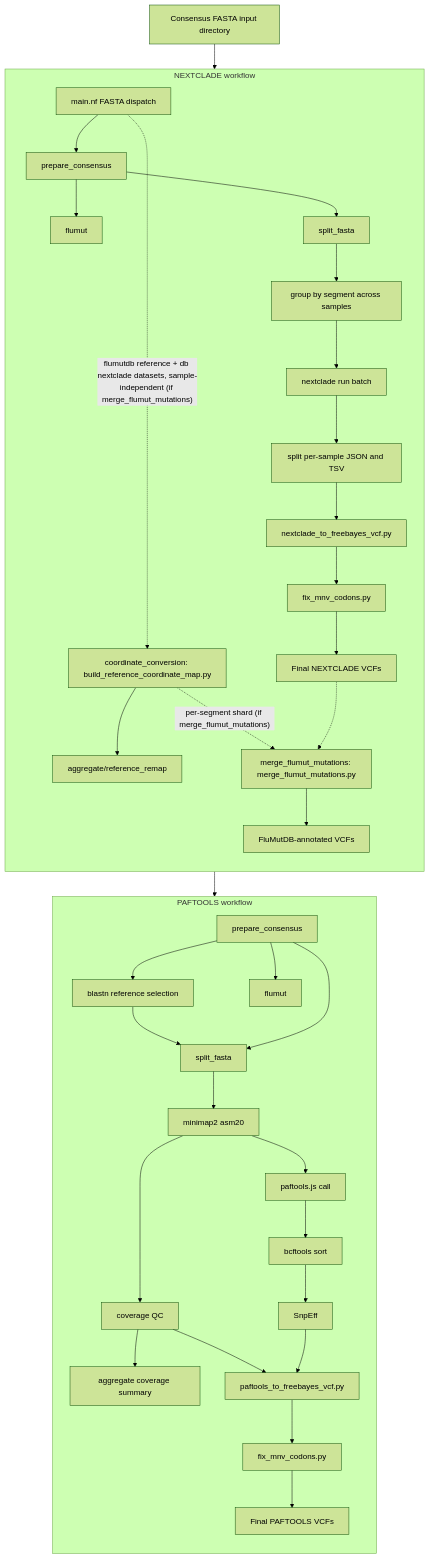
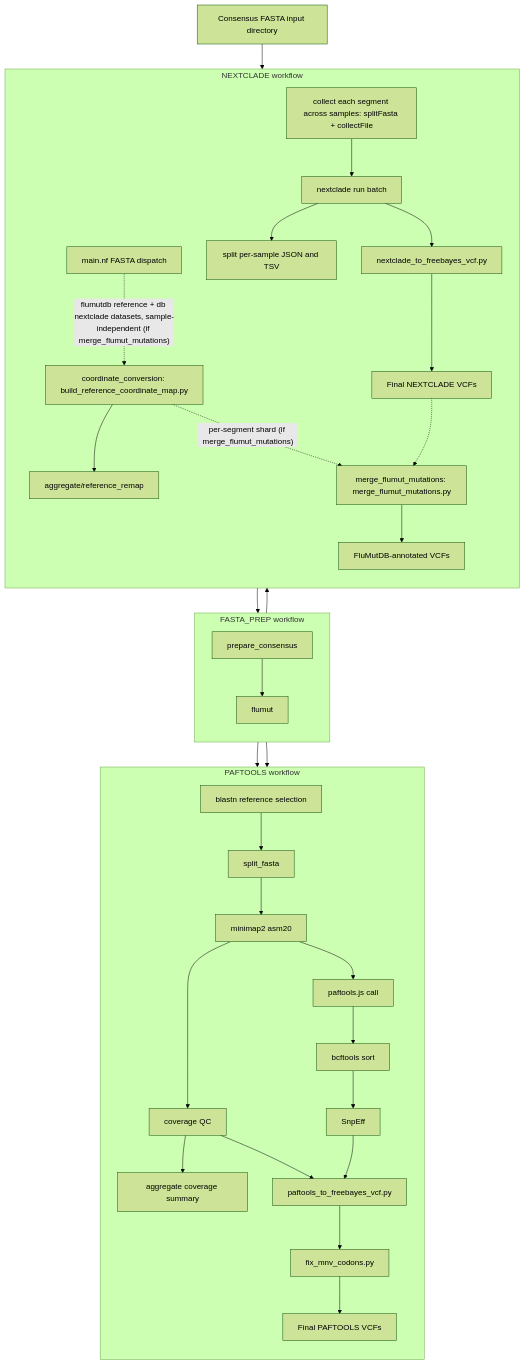
Before and after one commit to BCCDC-PHL/fluscan-nf: the diagram in README.md, drawn with Mermaid (forest theme). The commit also changed other lines of this file and 24 other files, not shown here.

Commit message:
Optimize the Nextclade workflow (#25)

````diff
--- a/README.md
+++ b/README.md
@@ -44,72 +44,69 @@
 ```mermaid
 flowchart TD
     input[Consensus FASTA input directory]
     dispatch[main.nf FASTA dispatch]
 
     input --> dispatch
-    dispatch --> paftools_prepare
-    dispatch --> nextclade_prepare
+    dispatch --> prepare
+
+    subgraph FASTA_PREP[FASTA_PREP workflow]
+        direction TB
+        prepare[prepare_consensus]
+        prep_flumut[flumut]
+
+        prepare --> prep_flumut
+    end
 
     subgraph PAFTOOLS[PAFTOOLS workflow]
         direction TB
-        paftools_prepare[prepare_consensus]
-        paftools_flumut[flumut]
         blastn[blastn reference selection]
         split_ref[split_fasta]
         minimap[minimap2 asm20]
         covqc[coverage QC]
         covagg[aggregate coverage summary]
         paftools_call[paftools.js call]
         sortvcf[bcftools sort]
         snpeff[SnpEff]
         paf2fb[paftools_to_freebayes_vcf.py]
         fixmnv_paf[fix_mnv_codons.py]
         paf_final[Final PAFTOOLS VCFs]
 
-        paftools_prepare --> blastn
-        paftools_prepare --> paftools_flumut
-        paftools_prepare --> split_ref
+        prepare --> blastn
+        prepare --> split_ref
         blastn --> split_ref
         split_ref --> minimap
         minimap --> covqc
         covqc --> covagg
         minimap --> paftools_call
         paftools_call --> sortvcf
         sortvcf --> snpeff
         snpeff --> paf2fb
         covqc --> paf2fb
         paf2fb --> fixmnv_paf
         fixmnv_paf --> paf_final
     end
 
     subgraph NEXTCLADE[NEXTCLADE workflow]
         direction TB
-        nextclade_prepare[prepare_consensus]
-        nextclade_flumut[flumut]
-        split_consensus[split_fasta]
-        groupseg[group by segment across samples]
+        groupseg[collect each segment across samples: splitFasta + collectFile]
         nc_run[nextclade run batch]
         split_results[split per-sample JSON and TSV]
         nc2vcf[nextclade_to_freebayes_vcf.py]
-        fixmnv_nc[fix_mnv_codons.py]
         nc_final[Final NEXTCLADE VCFs]
         coord_map[coordinate_conversion: build_reference_coordinate_map.py]
         coord_final[aggregate/reference_remap]
         flumut_merge[merge_flumut_mutations: merge_flumut_mutations.py]
         flumut_annotated[FluMutDB-annotated VCFs]
 
-        nextclade_prepare --> nextclade_flumut
-        nextclade_prepare --> split_consensus
-        split_consensus --> groupseg
+        prepare --> groupseg
         groupseg --> nc_run
         nc_run --> split_results
-        split_results --> nc2vcf
-        nc2vcf --> fixmnv_nc
-        fixmnv_nc --> nc_final
+        nc_run --> nc2vcf
+        nc2vcf --> nc_final
         dispatch -.->|"flumutdb reference + db nextclade datasets, sample-independent (if merge_flumut_mutations)"| coord_map
         coord_map --> coord_final
         coord_map -.->|"per-segment shard (if merge_flumut_mutations)"| flumut_merge
         nc_final -.-> flumut_merge
         flumut_merge --> flumut_annotated
     end
 ```
````
